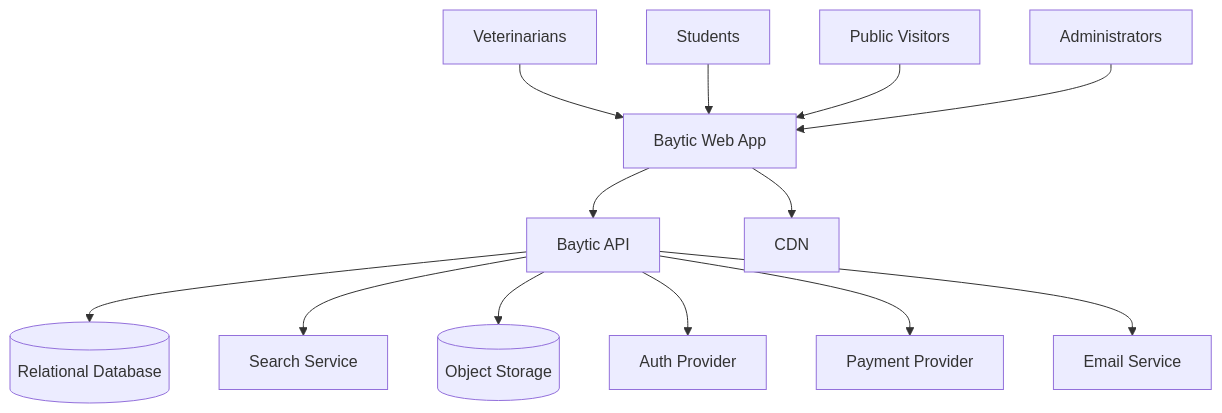
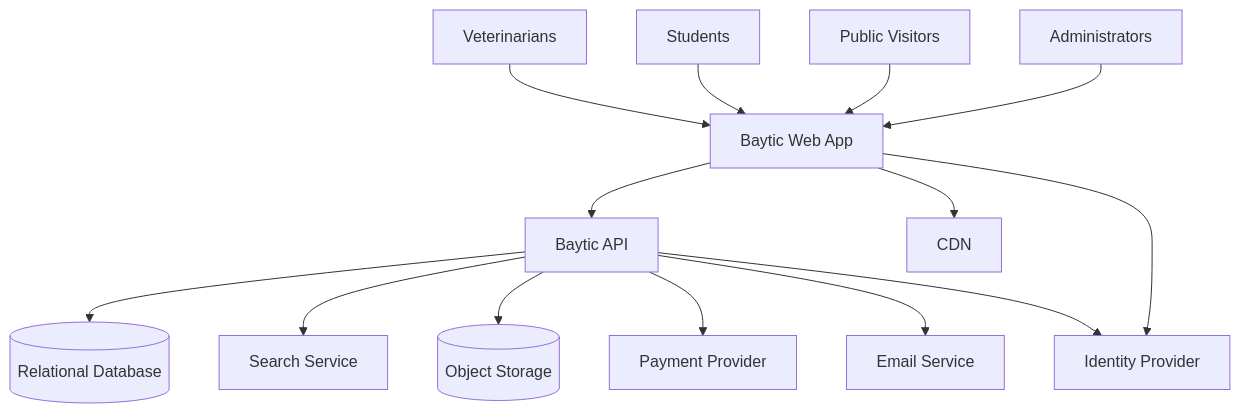
One commit to TuralHasanov11/Baytic changed the first of 6 diagrams in docs/baytic-architecture-plan.md. Above: the diagram before and after it, drawn with Mermaid. The commit also changed other lines of this file and 49 other files, not shown here.

````diff
--- a/docs/baytic-architecture-plan.md
+++ b/docs/baytic-architecture-plan.md
@@ -58,17 +80,19 @@
 ```mermaid
 graph TD
   Vets[Veterinarians] --> Web[Baytic Web App]
   Students[Students] --> Web
   Public[Public Visitors] --> Web
   Admins[Administrators] --> Web
 
   Web --> API[Baytic API]
   API --> DB[(Relational Database)]
   API --> Search[Search Service]
   API --> Storage[(Object Storage)]
 
-  API --> Auth[Auth Provider]
   API --> Pay[Payment Provider]
   API --> Email[Email Service]
   Web --> CDN[CDN]
+
+  Web[Baytic Web App] --> Identity[Identity Provider]
+  API --> Identity[Identity Provider]
 ```
````
